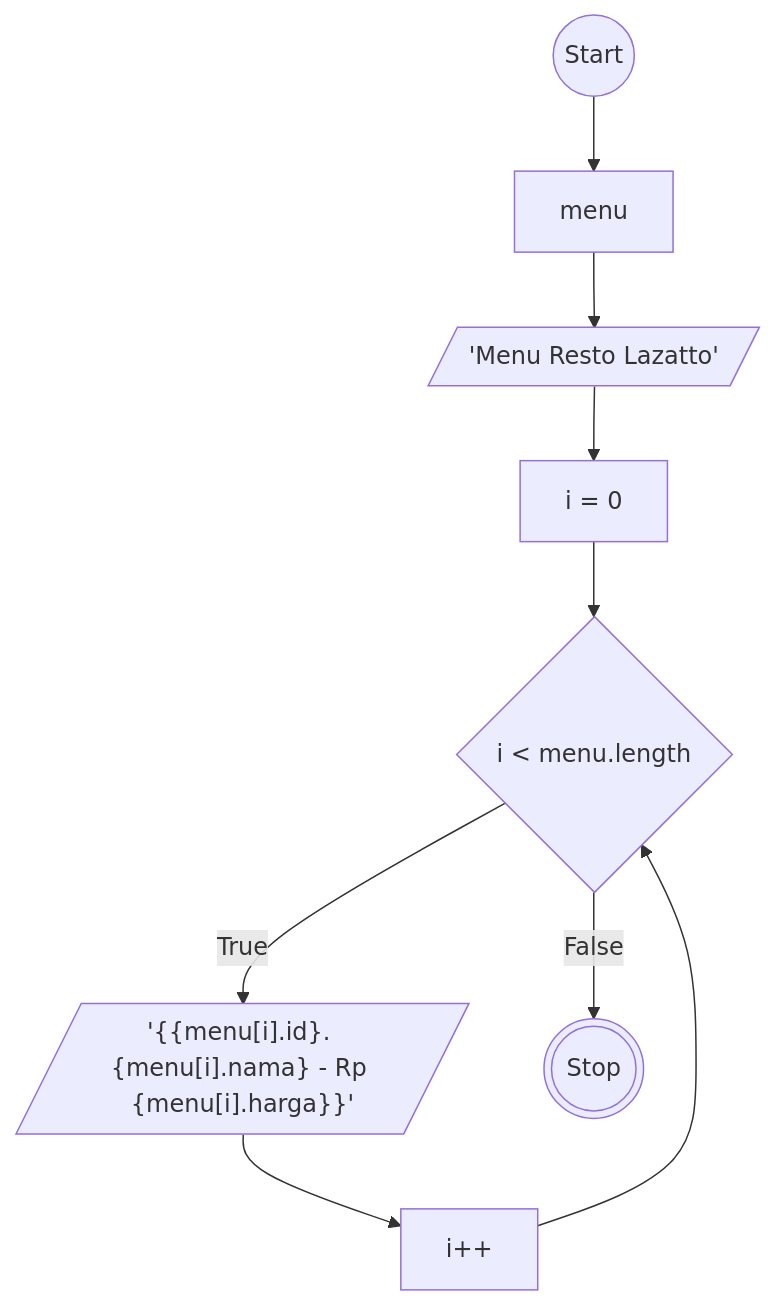
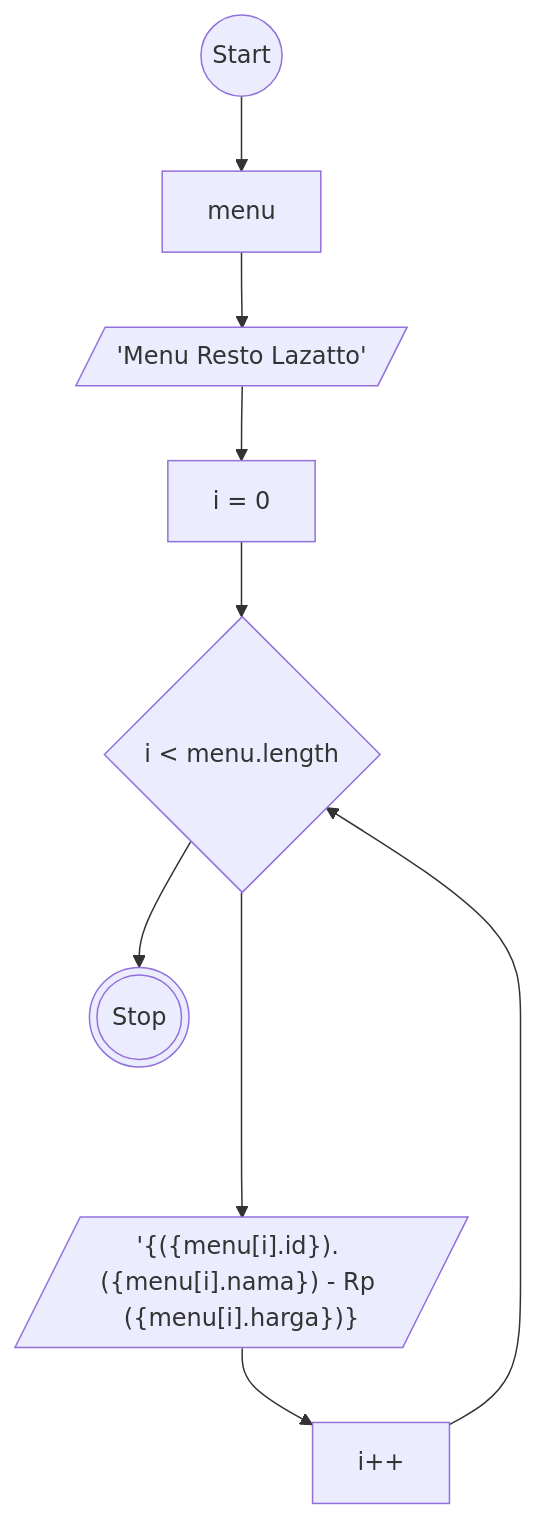
The second of 2 diagrams in readme.md (MuhamadRafliShidiq/koda-b8-weekly1), drawn with Mermaid before and after one commit. The commit also changed other lines of this file, not shown here.

````diff
--- a/readme.md
+++ b/readme.md
@@ -5,20 +37,20 @@
 ```mermaid
 
     flowchart TD
 
     a@{ shape: circle, label: "Start"}
     z@{ shape: rect, label: "menu"}
     b@{ shape: lean-r, label: "'Menu Resto Lazatto'"}
     c@{ shape: rect, label: "i = 0" }
     d@{ shape: diamond, label: "i < menu.length"}
-    e@{ shape: lean-r, label : "'{{menu[i].id}. {menu[i].nama} - Rp {menu[i].harga}}'"}
+    e@{ shape: lean-r, label : "'{({menu[i].id}). ({menu[i].nama}) - Rp ({menu[i].harga})}"}
     f@{ shape: rect, label: "i++" }
     g@{ shape: dbl-circ, label: "Stop"}
 
-    a-->z-->b-->c-->d--False-->g
+    a-->z-->b-->c-->d-->g
 
-    d--True-->e-->f
+    d---->e-->f
     f-->d
 
 
 ```
````
